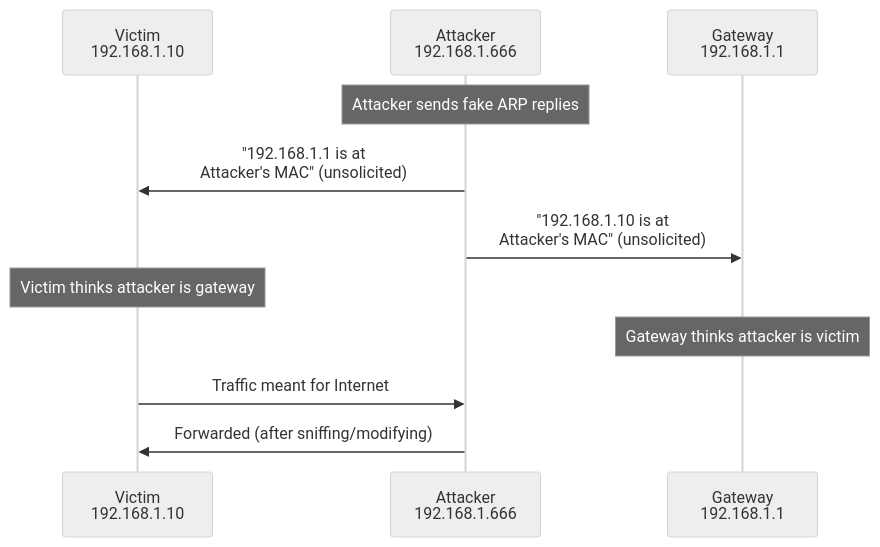
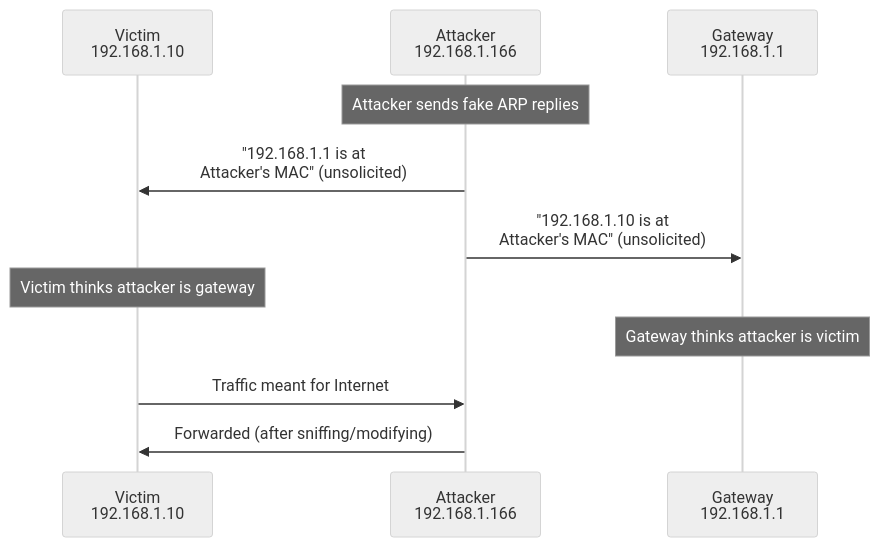
Before and after one commit to vanos001/placement_prep: the fifth of 5 diagrams in src/networks/tcp-ip/arp.md, drawn with Mermaid (neutral theme). The commit also changed 153 other files, not shown here.

````diff
--- a/src/networks/tcp-ip/arp.md
+++ b/src/networks/tcp-ip/arp.md
@@ -148,16 +148,16 @@
 ```mermaid
 sequenceDiagram
     participant V as Victim<br/>192.168.1.10
-    participant A as Attacker<br/>192.168.1.666
+    participant A as Attacker<br/>192.168.1.166
     participant GW as Gateway<br/>192.168.1.1
     
     Note over A: Attacker sends fake ARP replies
     A->>V: "192.168.1.1 is at<br/>Attacker's MAC" (unsolicited)
     A->>GW: "192.168.1.10 is at<br/>Attacker's MAC" (unsolicited)
     
     Note over V: Victim thinks attacker is gateway
     Note over GW: Gateway thinks attacker is victim
     
     V->>A: Traffic meant for Internet
     A->>V: Forwarded (after sniffing/modifying)
 ```
````
